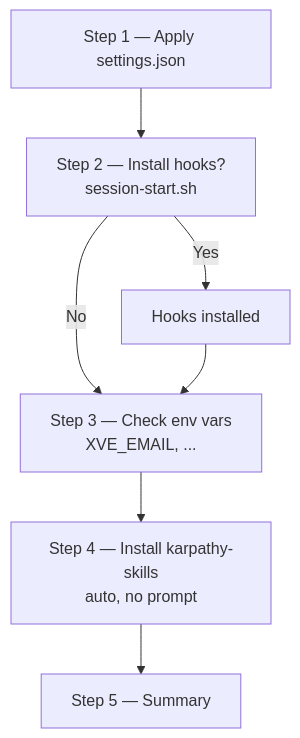
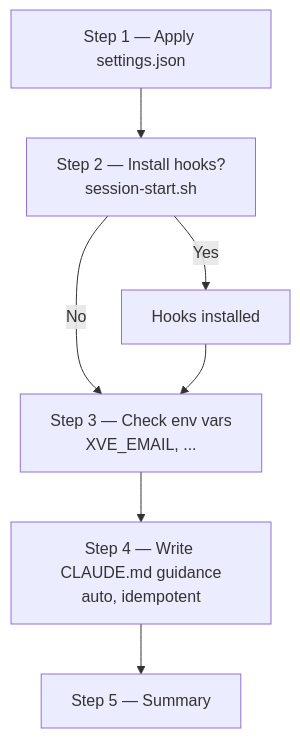
One commit to XVE-BV/claude-marketplace changed the diagram in docs/xve-setup.md. Above: the diagram before and after it, drawn with Mermaid. The commit also changed other lines of this file and 1 other file, not shown here.

First line of the commit message:
feat(xve-setup): replace karpathy-skills plugin install with CLAUDE.md approach

````diff
--- a/docs/xve-setup.md
+++ b/docs/xve-setup.md
@@ -7,10 +7,10 @@
 ```mermaid
 flowchart TD
     A["Step 1 — Apply settings.json"] --> B
     B["Step 2 — Install hooks?\nsession-start.sh"] -->|"Yes"| B1["Hooks installed"]
     B -->|"No"| C
     B1 --> C
     C["Step 3 — Check env vars\nXVE_EMAIL, ..."] --> D
-    D["Step 4 — Install karpathy-skills\nauto, no prompt"] --> E
+    D["Step 4 — Write CLAUDE.md guidance\nauto, idempotent"] --> E
     E["Step 5 — Summary"]
 ```
````
